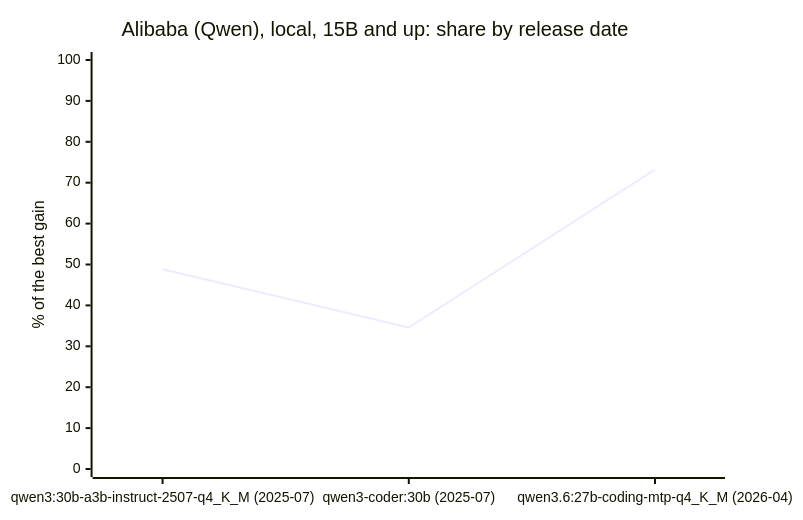
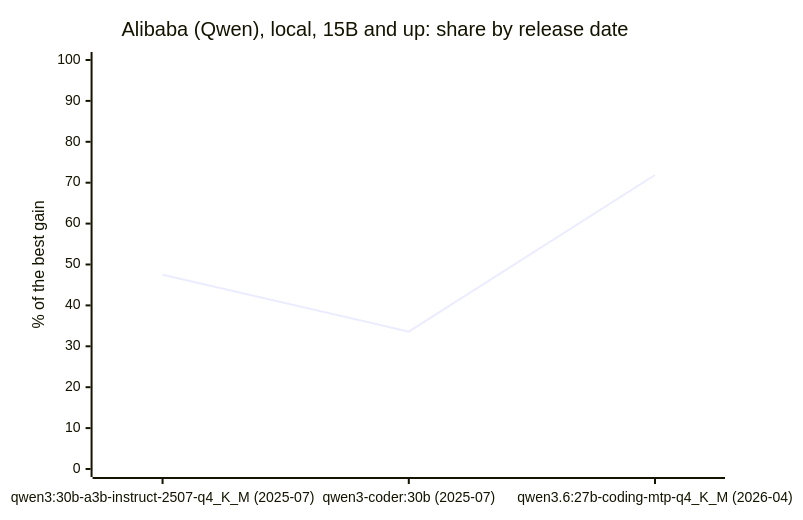
The diagram in docs/benchmarks/developers.md (cklukas/OMEGA_TRANSFORM), drawn with Mermaid before and after one commit. The commit also changed other lines of this file and 47 other files, not shown here.

````diff
--- a/docs/benchmarks/developers.md
+++ b/docs/benchmarks/developers.md
@@ -94,7 +94,7 @@
 ```mermaid
 xychart-beta
     title "Alibaba (Qwen), local, 15B and up: share by release date"
     x-axis ["qwen3:30b-a3b-instruct-2507-q4_K_M (2025-07)", "qwen3-coder:30b (2025-07)", "qwen3.6:27b-coding-mtp-q4_K_M (2026-04)"]
     y-axis "% of the best gain" 0 --> 100
-    line [48.83, 34.59, 73.22]
+    line [47.51, 33.58, 71.89]
 ```
````
